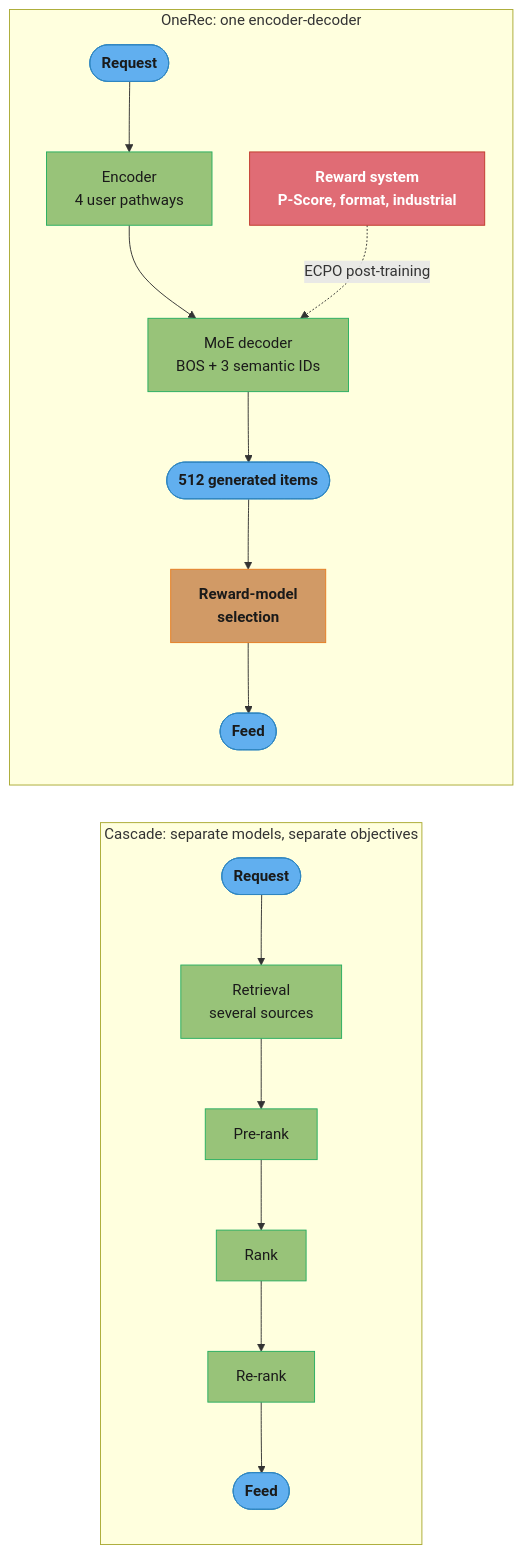
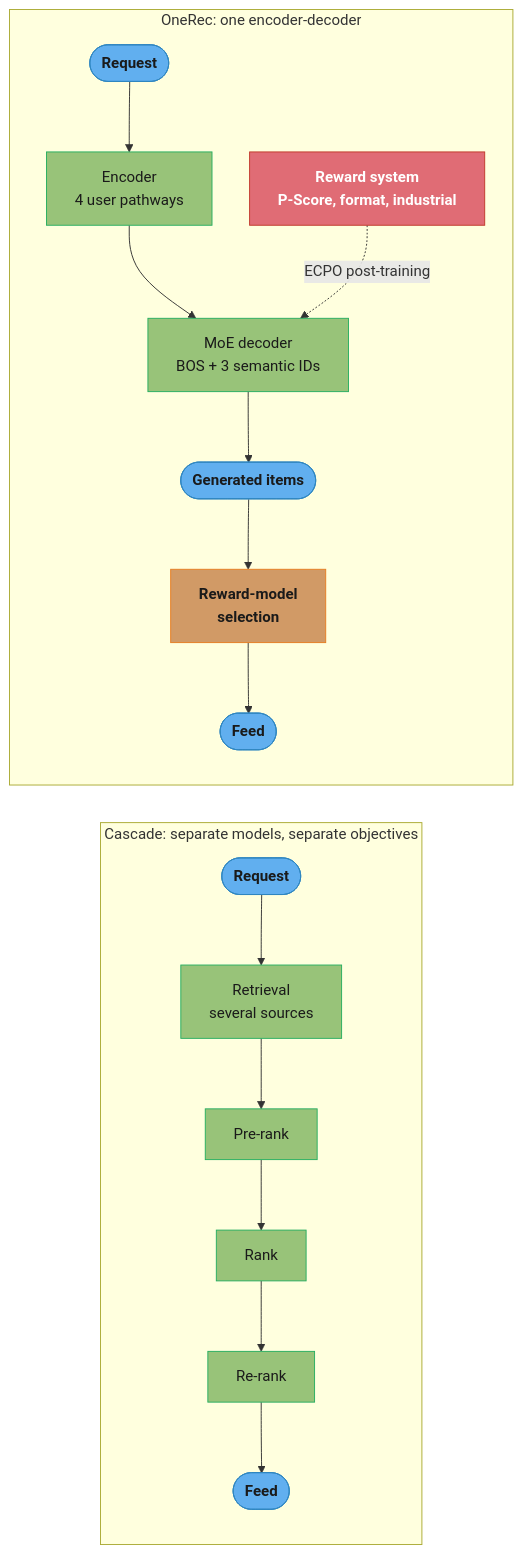
The fifth of 6 diagrams in src/main/java/com/rutik/systemdesign/ml/recommender_systems/generative_recommenders.md (rppol/system-design), drawn with Mermaid before and after one commit. The commit also changed other lines of this file and 96 other files, not shown here.

````diff
--- a/src/main/java/com/rutik/systemdesign/ml/recommender_systems/generative_recommenders.md
+++ b/src/main/java/com/rutik/systemdesign/ml/recommender_systems/generative_recommenders.md
@@ -327,30 +332,30 @@
 ```mermaid
 %%{init: {'flowchart': {'curve': 'basis', 'nodeSpacing': 40, 'rankSpacing': 50}}}%%
 flowchart LR
     classDef io      fill:#61afef,stroke:#2e86c1,color:#1a1a1a,font-weight:bold
     classDef train   fill:#98c379,stroke:#27ae60,color:#1a1a1a
     classDef mathOp  fill:#d19a66,stroke:#e67e22,color:#1a1a1a,font-weight:bold
     classDef lossN   fill:#e06c75,stroke:#c0392b,color:#fff,font-weight:bold
 
     subgraph cascade["Cascade: separate models, separate objectives"]
         u1(["Request"]) --> ret["Retrieval<br/>several sources"]
         ret --> pre["Pre-rank"]
         pre --> rk["Rank"]
         rk --> rr["Re-rank"]
         rr --> o1(["Feed"])
     end
 
     subgraph onerec["OneRec: one encoder-decoder"]
         u2(["Request"]) --> enc["Encoder<br/>4 user pathways"]
         enc --> dec["MoE decoder<br/>BOS + 3 semantic IDs"]
-        dec --> gen(["512 generated items"])
+        dec --> gen(["Generated items"])
         gen --> sel["Reward-model<br/>selection"]
         sel --> o2(["Feed"])
         rm["Reward system<br/>P-Score, format, industrial"] -. "ECPO post-training" .-> dec
     end
 
     class u1,u2,o1,o2,gen io
     class ret,pre,rk,rr,enc,dec train
     class sel mathOp
     class rm lossN
 ```
````
